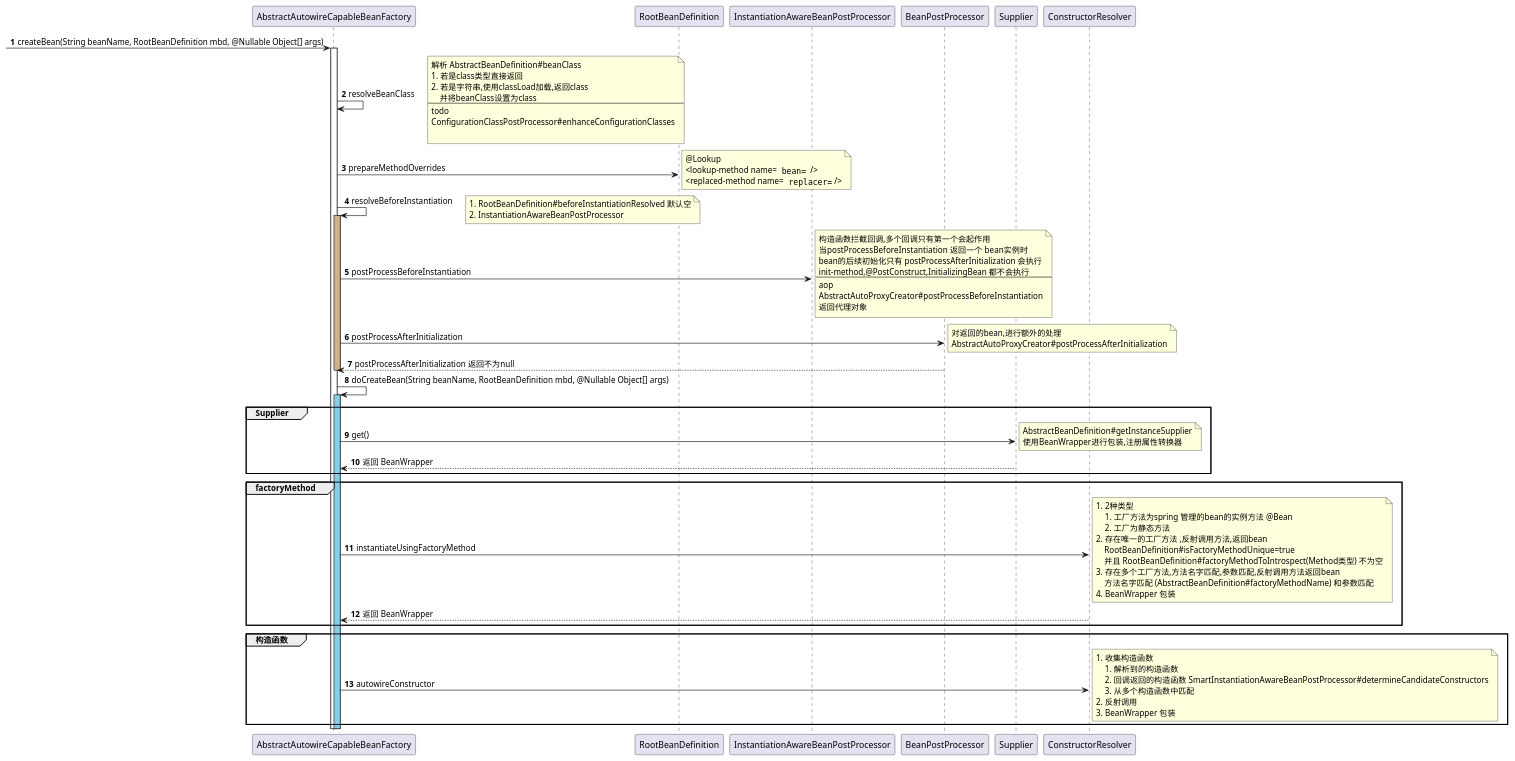
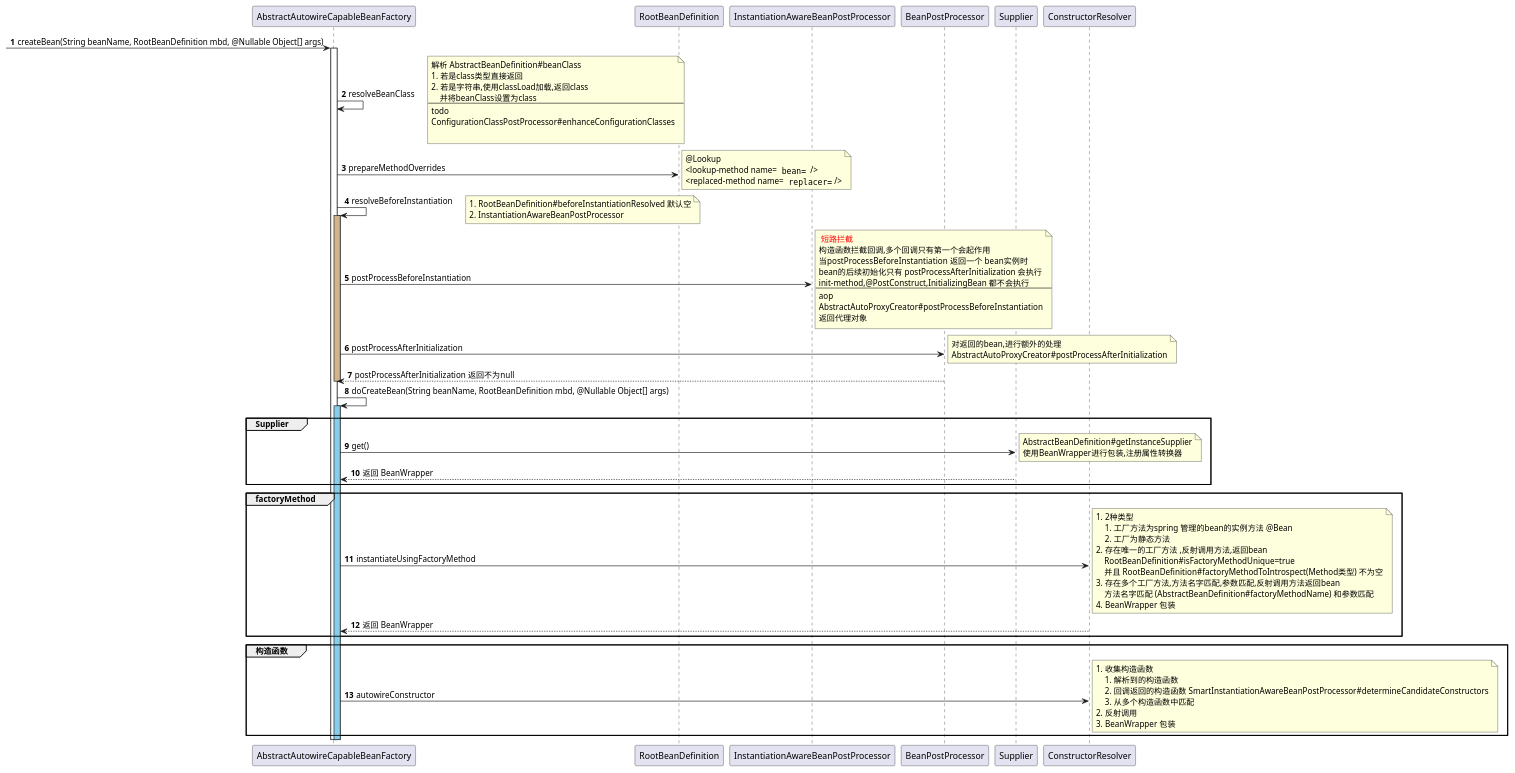
Before and after one commit to FHJ2020/spring-uml: the diagram in uml/src/main/java/spring/createBean_se.puml, drawn with PlantUML. The commit also changed 4 other files, not shown here.

```diff
--- a/uml/src/main/java/spring/createBean_se.puml
+++ b/uml/src/main/java/spring/createBean_se.puml
@@ -1,94 +1,95 @@
 @startuml
 'https://plantuml.com/use-case-diagram
 
 autonumber
 
 -> AbstractAutowireCapableBeanFactory ++ : createBean(String beanName, RootBeanDefinition mbd, @Nullable Object[] args)
 
     AbstractAutowireCapableBeanFactory -> AbstractAutowireCapableBeanFactory : resolveBeanClass
     note right
     解析 AbstractBeanDefinition#beanClass
     # 若是class类型直接返回
     # 若是字符串,使用classLoad加载,返回class
         并将beanClass设置为class
     ---
     todo
     ConfigurationClassPostProcessor#enhanceConfigurationClasses
 
     end note
 
 
     AbstractAutowireCapableBeanFactory -> RootBeanDefinition : prepareMethodOverrides
     note right
     @Lookup
     <lookup-method name="" bean=""  />
     <replaced-method name="" replacer="" />
     end note
 
 
         AbstractAutowireCapableBeanFactory -> AbstractAutowireCapableBeanFactory ++ #tan : resolveBeforeInstantiation
         note right
         # RootBeanDefinition#beforeInstantiationResolved 默认空
         # InstantiationAwareBeanPostProcessor
         end note
 
             AbstractAutowireCapableBeanFactory -> InstantiationAwareBeanPostProcessor : postProcessBeforeInstantiation
             note right
+            <color:red> 短路拦截
             构造函数拦截回调,多个回调只有第一个会起作用
             当postProcessBeforeInstantiation  返回一个 bean实例时
             bean的后续初始化只有 postProcessAfterInitialization 会执行
             init-method,@PostConstruct,InitializingBean 都不会执行
             ---
             aop
             AbstractAutoProxyCreator#postProcessBeforeInstantiation
             返回代理对象
             end note
             AbstractAutowireCapableBeanFactory -> BeanPostProcessor : postProcessAfterInitialization
             note right
             对返回的bean,进行额外的处理
             AbstractAutoProxyCreator#postProcessAfterInitialization
             end note
             BeanPostProcessor --> AbstractAutowireCapableBeanFactory : postProcessAfterInitialization 返回不为null
         deactivate
 
     AbstractAutowireCapableBeanFactory -> AbstractAutowireCapableBeanFactory ++ #skyblue : doCreateBean(String beanName, RootBeanDefinition mbd, @Nullable Object[] args)
         group Supplier
             AbstractAutowireCapableBeanFactory -> Supplier  : get()
             note right
             AbstractBeanDefinition#getInstanceSupplier
             使用BeanWrapper进行包装,注册属性转换器
             end note
             Supplier --> AbstractAutowireCapableBeanFactory : 返回 BeanWrapper
         end
         group factoryMethod
             AbstractAutowireCapableBeanFactory -> ConstructorResolver : instantiateUsingFactoryMethod
             note right
             # 2种类型
             ## 工厂方法为spring 管理的bean的实例方法 @Bean
             ## 工厂为静态方法
             # 存在唯一的工厂方法 ,反射调用方法,返回bean
                 RootBeanDefinition#isFactoryMethodUnique=true
                 并且 RootBeanDefinition#factoryMethodToIntrospect(Method类型) 不为空
             # 存在多个工厂方法,方法名字匹配,参数匹配,反射调用方法返回bean
                 方法名字匹配 (AbstractBeanDefinition#factoryMethodName) 和参数匹配
             # BeanWrapper 包装
             end note
             ConstructorResolver --> AbstractAutowireCapableBeanFactory : 返回 BeanWrapper
         end
         group 构造函数
             AbstractAutowireCapableBeanFactory -> ConstructorResolver : autowireConstructor
             note right
                 # 收集构造函数
                 ## 解析到的构造函数
                 ## 回调返回的构造函数 SmartInstantiationAwareBeanPostProcessor#determineCandidateConstructors
                 ## 从多个构造函数中匹配
                 # 反射调用
                 # BeanWrapper 包装
             end note
         end
 
 
 
     deactivate
 deactivate
 @enduml
```
